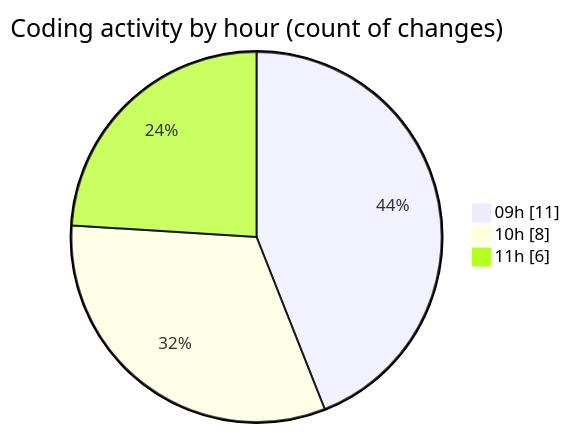
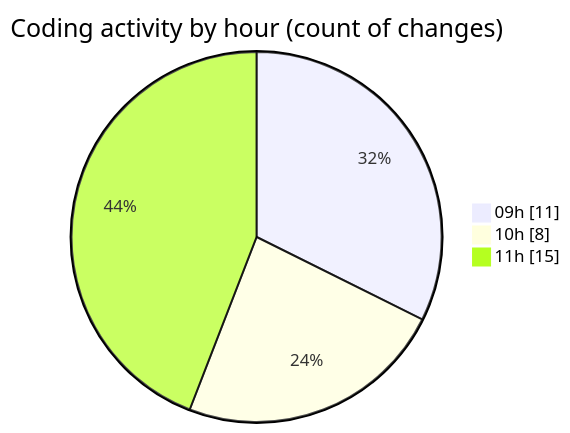
Before and after one commit to momahboobian/code-tracking: the second of 2 diagrams in 2025-10-30/cda/README.md, drawn with Mermaid. The commit also changed other lines of this file and 1 other file, not shown here.

````diff
--- a/2025-10-30/cda/README.md
+++ b/2025-10-30/cda/README.md
@@ -33,7 +33,7 @@
 ```mermaid
 pie showData
 title Coding activity by hour (count of changes)
 "09h" : 11
 "10h" : 8
-"11h" : 6
+"11h" : 15
 ```
````
